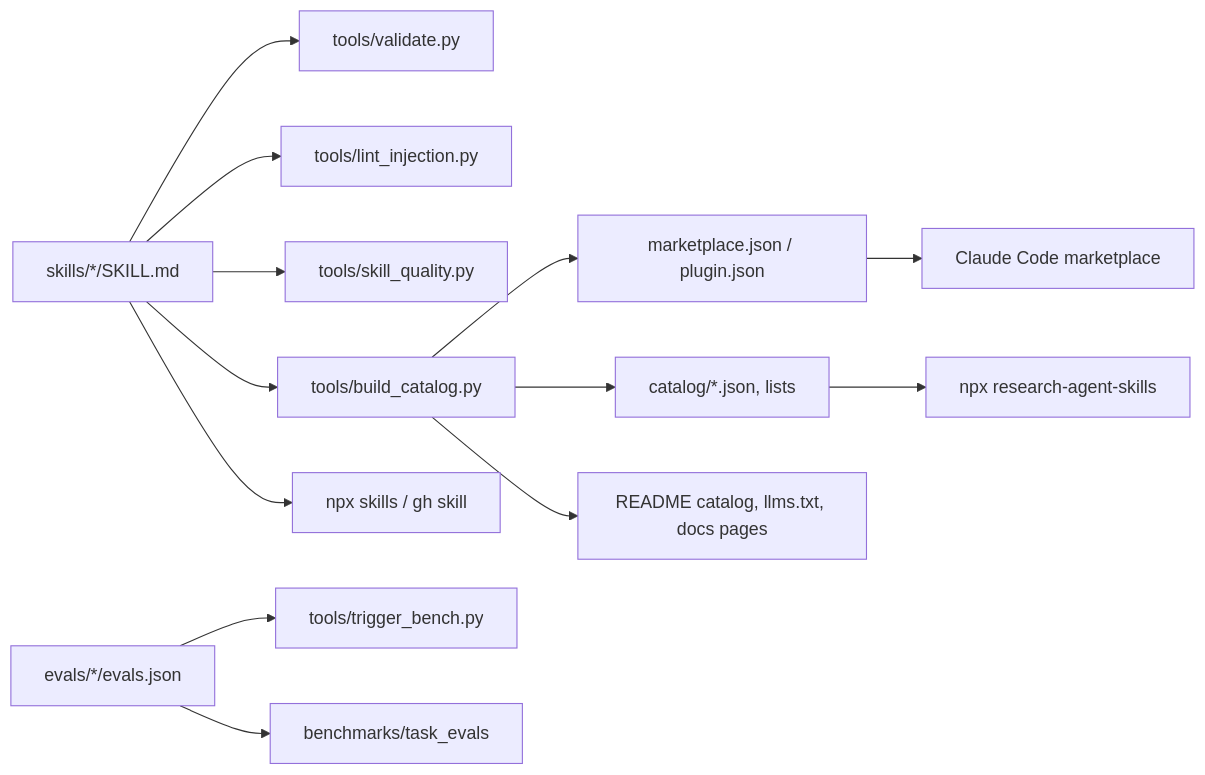
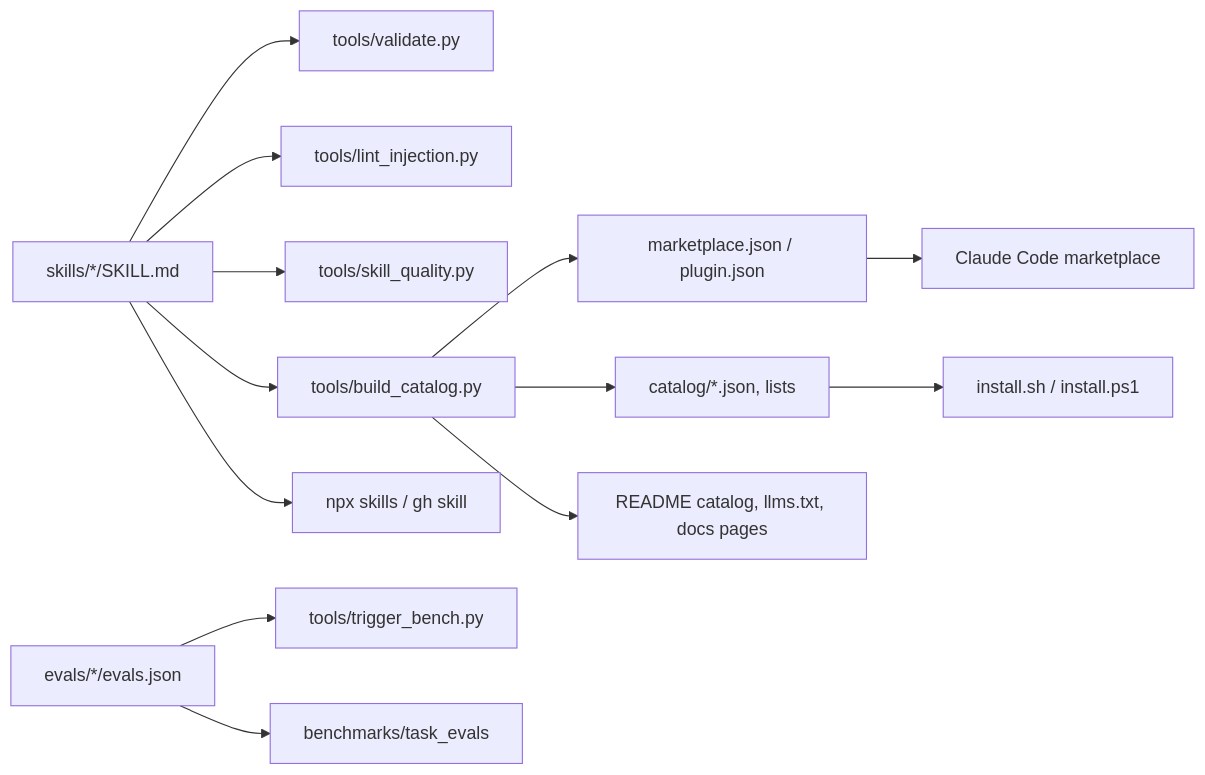
One commit to KalarisLabs/research-agent-skills changed the diagram in docs/reference/architecture.md. Above: the diagram before and after it, drawn with Mermaid. The commit also changed other lines of this file and 476 other files, not shown here.

First line of the commit message:
Research co-scientist README, skills.sh-first install, not-on-npm docs and dependency refresh (#1948)

````diff
--- a/docs/reference/architecture.md
+++ b/docs/reference/architecture.md
@@ -35,15 +35,15 @@
 ```mermaid
 flowchart LR
   S[skills/*/SKILL.md] --> V[tools/validate.py]
   S --> L[tools/lint_injection.py]
   S --> Q[tools/skill_quality.py]
   S --> C[tools/build_catalog.py]
   E[evals/*/evals.json] --> T[tools/trigger_bench.py]
   E --> K[benchmarks/task_evals]
   C --> M[marketplace.json / plugin.json]
   C --> G[catalog/*.json, lists]
   C --> R[README catalog, llms.txt, docs pages]
-  G --> CLI[npx research-agent-skills]
+  G --> CLI[install.sh / install.ps1]
   M --> CC[Claude Code marketplace]
   S --> SK[npx skills / gh skill]
 ```
````
